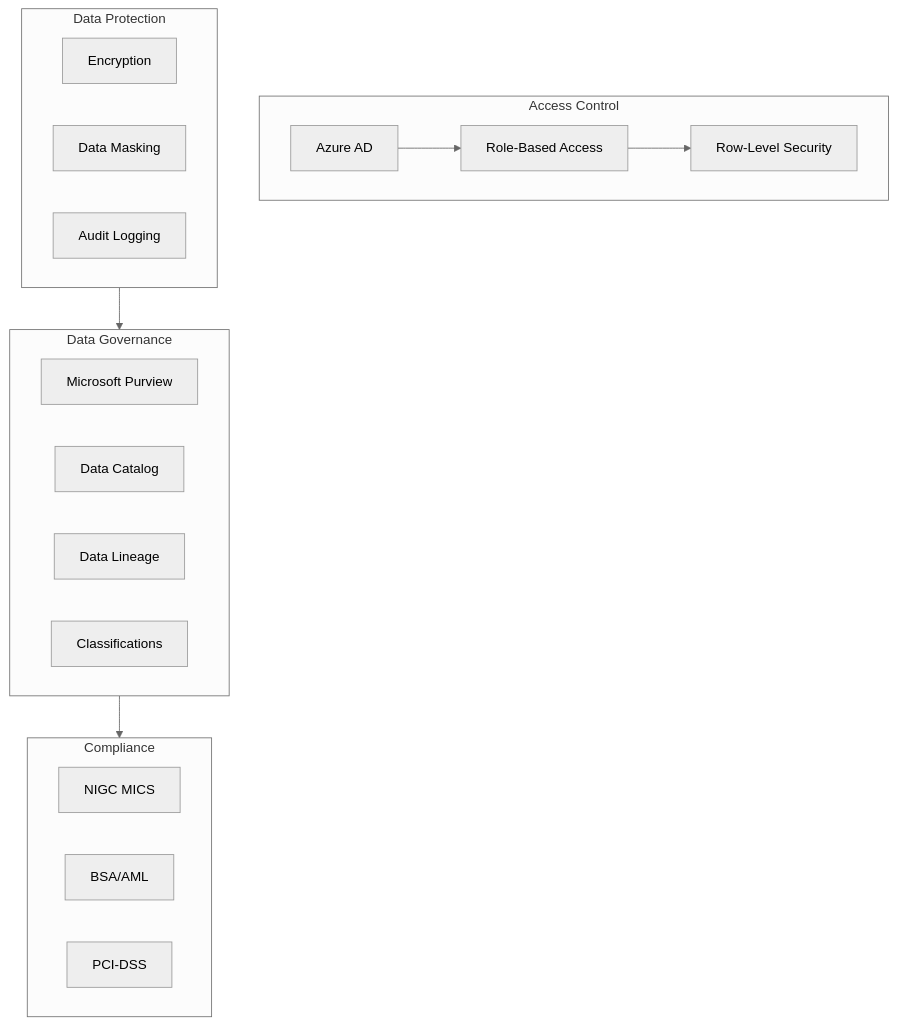
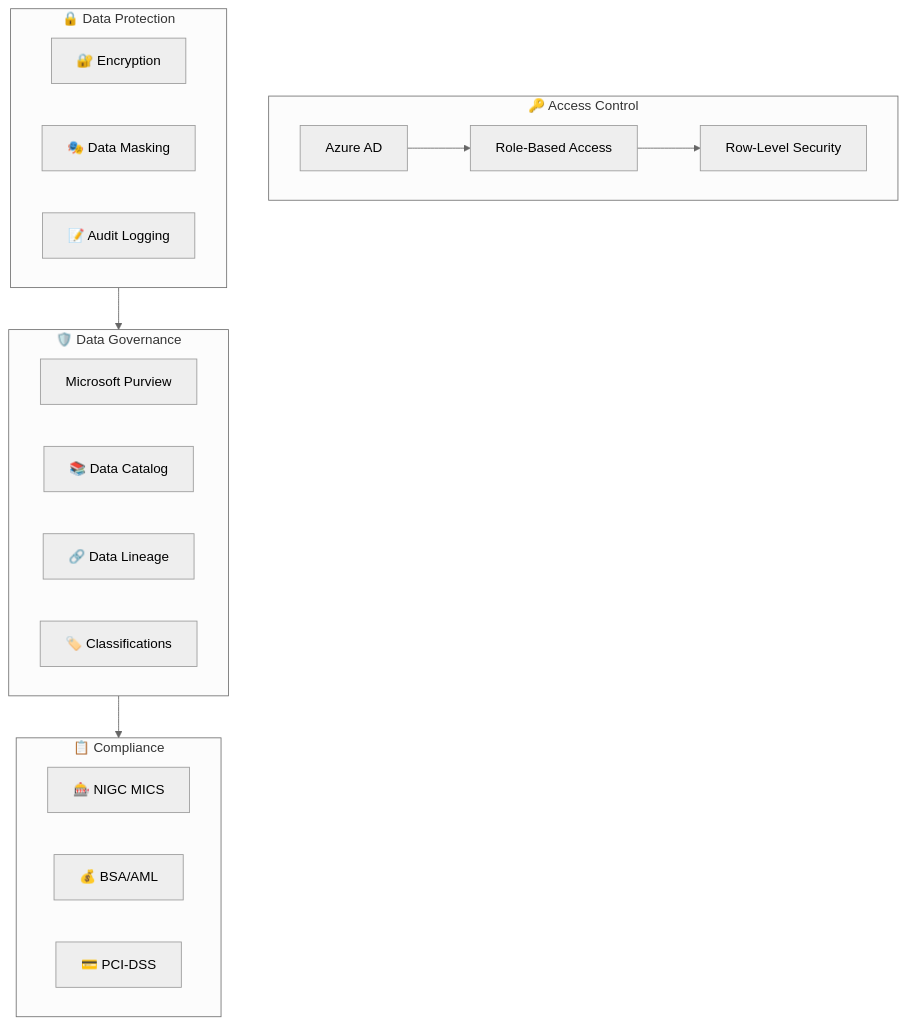
One commit to fgarofalo56/Suppercharge_Microsoft_Fabric changed the fifth of 7 diagrams in docs/diagrams/architecture-overview.md. Above: the diagram before and after it, drawn with Mermaid (neutral theme). The commit also changed other lines of this file and 130 other files, not shown here.

````diff
--- a/docs/diagrams/architecture-overview.md
+++ b/docs/diagrams/architecture-overview.md
@@ -186,31 +254,31 @@
 ```mermaid
 flowchart TB
-    subgraph Access["Access Control"]
-        AAD[Azure AD]
-        RBAC[Role-Based Access]
-        RLS[Row-Level Security]
+    subgraph Access["🔑 Access Control"]
+        AAD["Azure AD"]
+        RBAC["Role-Based Access"]
+        RLS["Row-Level Security"]
     end
 
-    subgraph Data["Data Protection"]
-        ENC[Encryption]
-        MASK[Data Masking]
-        AUDIT[Audit Logging]
+    subgraph Data["🔒 Data Protection"]
+        ENC["🔐 Encryption"]
+        MASK["🎭 Data Masking"]
+        AUDIT["📝 Audit Logging"]
     end
 
-    subgraph Governance["Data Governance"]
-        PV[Microsoft Purview]
-        CAT[Data Catalog]
-        LIN[Data Lineage]
-        CLASS[Classifications]
+    subgraph Governance["🛡️ Data Governance"]
+        PV["Microsoft Purview"]
+        CAT["📚 Data Catalog"]
+        LIN["🔗 Data Lineage"]
+        CLASS["🏷️ Classifications"]
     end
 
-    subgraph Compliance["Compliance"]
-        NIGC[NIGC MICS]
-        BSA[BSA/AML]
-        PCI[PCI-DSS]
+    subgraph Compliance["📋 Compliance"]
+        NIGC["🎰 NIGC MICS"]
+        BSA["💰 BSA/AML"]
+        PCI["💳 PCI-DSS"]
     end
 
     AAD --> RBAC --> RLS
     Data --> Governance
     Governance --> Compliance
 ```
````
